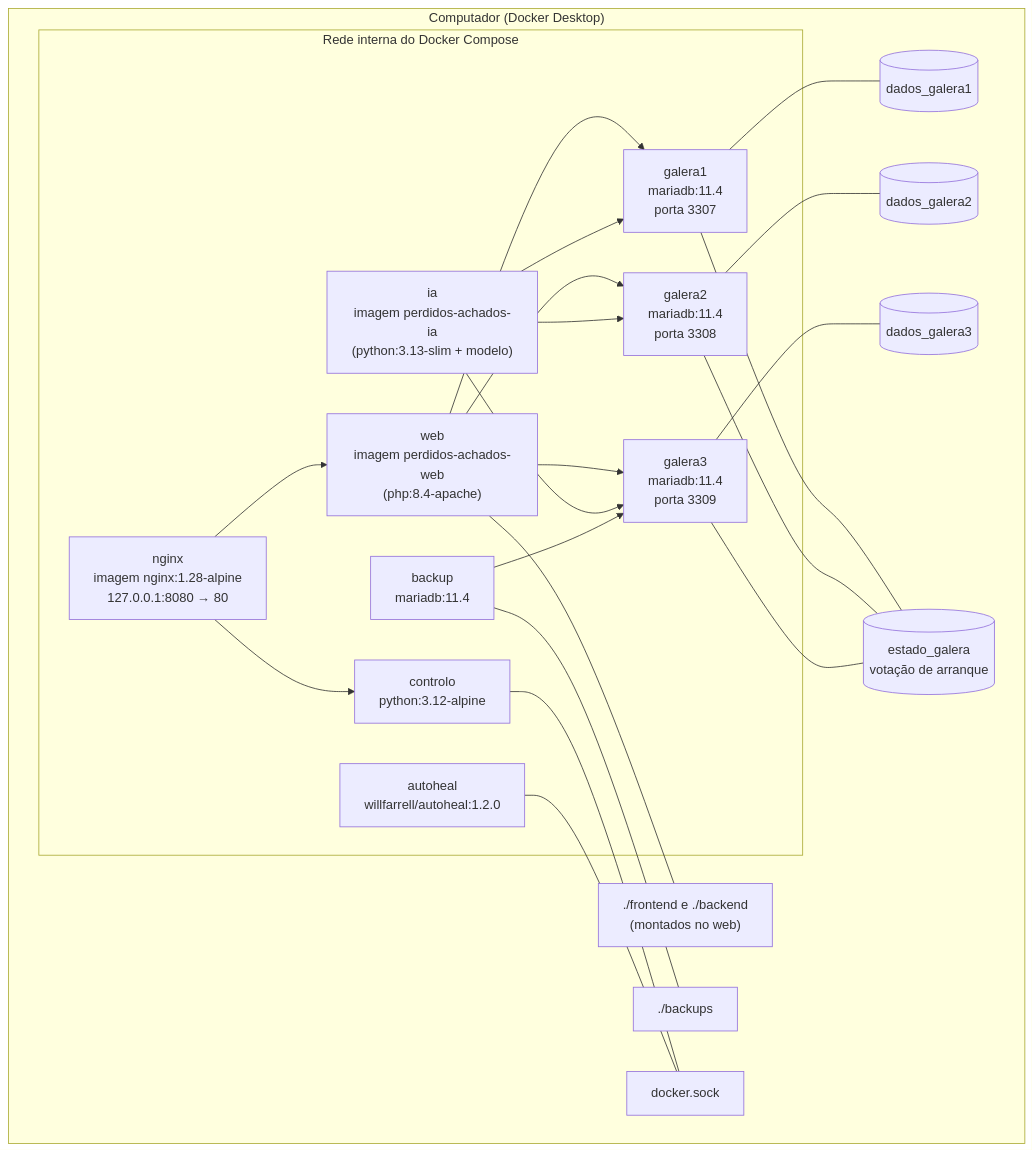
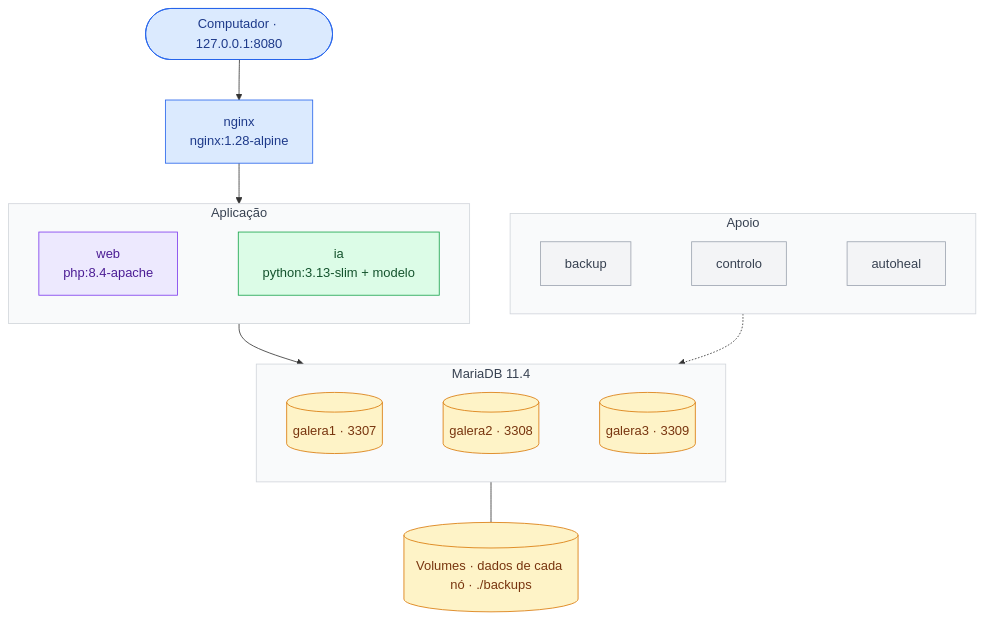
One commit to HamiltonPrado/Perdidos-e-Achados-IADE changed the diagram in docs/Diagramas/04-implantacao.md. Above: the diagram before and after it, drawn with Mermaid. The commit also changed other lines of this file and 4 other files, not shown here.

Commit message:
Diagramas mais simples: menos caixas e setas, cores por camada

````diff
--- a/docs/Diagramas/04-implantacao.md
+++ b/docs/Diagramas/04-implantacao.md
@@ -6,44 +6,48 @@
 ```mermaid
 flowchart TB
-    subgraph HOST["Computador (Docker Desktop)"]
-        subgraph NET["Rede interna do Docker Compose"]
-            NG["nginx<br/>imagem nginx:1.28-alpine<br/>127.0.0.1:8080 → 80"]
-            WB["web<br/>imagem perdidos-achados-web<br/>(php:8.4-apache)"]
-            G1["galera1<br/>mariadb:11.4<br/>porta 3307"]
-            G2["galera2<br/>mariadb:11.4<br/>porta 3308"]
-            G3["galera3<br/>mariadb:11.4<br/>porta 3309"]
-            IA["ia<br/>imagem perdidos-achados-ia<br/>(python:3.13-slim + modelo)"]
-            BK["backup<br/>mariadb:11.4"]
-            CT["controlo<br/>python:3.12-alpine"]
-            AH["autoheal<br/>willfarrell/autoheal:1.2.0"]
-        end
+    PC(["Computador · 127.0.0.1:8080"]) --> NG["nginx<br/>nginx:1.28-alpine"]
 
-        V1[("dados_galera1")]
-        V2[("dados_galera2")]
-        V3[("dados_galera3")]
-        VE[("estado_galera<br/>votação de arranque")]
-        PF["./frontend e ./backend<br/>(montados no web)"]
-        PB["./backups"]
-        SOCK["docker.sock"]
+    subgraph APP["Aplicação"]
+        direction LR
+        WB["web<br/>php:8.4-apache"]
+        IA["ia<br/>python:3.13-slim + modelo"]
+        WB ~~~ IA
     end
 
-    NG --> WB
-    NG --> CT
-    WB --> G1
-    WB --> G2
-    WB --> G3
-    IA --> G1
-    IA --> G2
-    IA --> G3
-    BK --> G3
-    G1 --- V1
-    G2 --- V2
-    G3 --- V3
-    G1 --- VE
-    G2 --- VE
-    G3 --- VE
-    WB --- PF
-    BK --- PB
-    CT --- SOCK
-    AH --- SOCK
+    subgraph APOIO["Apoio"]
+        direction LR
+        BK["backup"]
+        CT["controlo"]
+        AH["autoheal"]
+        BK ~~~ CT ~~~ AH
+    end
+
+    subgraph GAL["MariaDB 11.4"]
+        direction LR
+        G1[("galera1 · 3307")]
+        G2[("galera2 · 3308")]
+        G3[("galera3 · 3309")]
+        G1 ~~~ G2 ~~~ G3
+    end
+
+    VOL[("Volumes · dados de cada nó · ./backups")]
+
+    NG --> APP
+    APP --> GAL
+    APOIO -.-> GAL
+    GAL --- VOL
+
+    classDef entrada fill:#dbeafe,stroke:#2563eb,color:#1e3a8a
+    classDef app fill:#ede9fe,stroke:#7c3aed,color:#4c1d95
+    classDef dados fill:#fef3c7,stroke:#d97706,color:#78350f
+    classDef ia fill:#dcfce7,stroke:#16a34a,color:#14532d
+    classDef apoio fill:#f3f4f6,stroke:#9ca3af,color:#374151
+    class PC,NG entrada
+    class WB app
+    class G1,G2,G3,VOL dados
+    class IA ia
+    class BK,CT,AH apoio
+    style APP fill:#f9fafb,stroke:#d1d5db,color:#374151
+    style APOIO fill:#f9fafb,stroke:#d1d5db,color:#374151
+    style GAL fill:#f9fafb,stroke:#d1d5db,color:#374151
 ```
````
